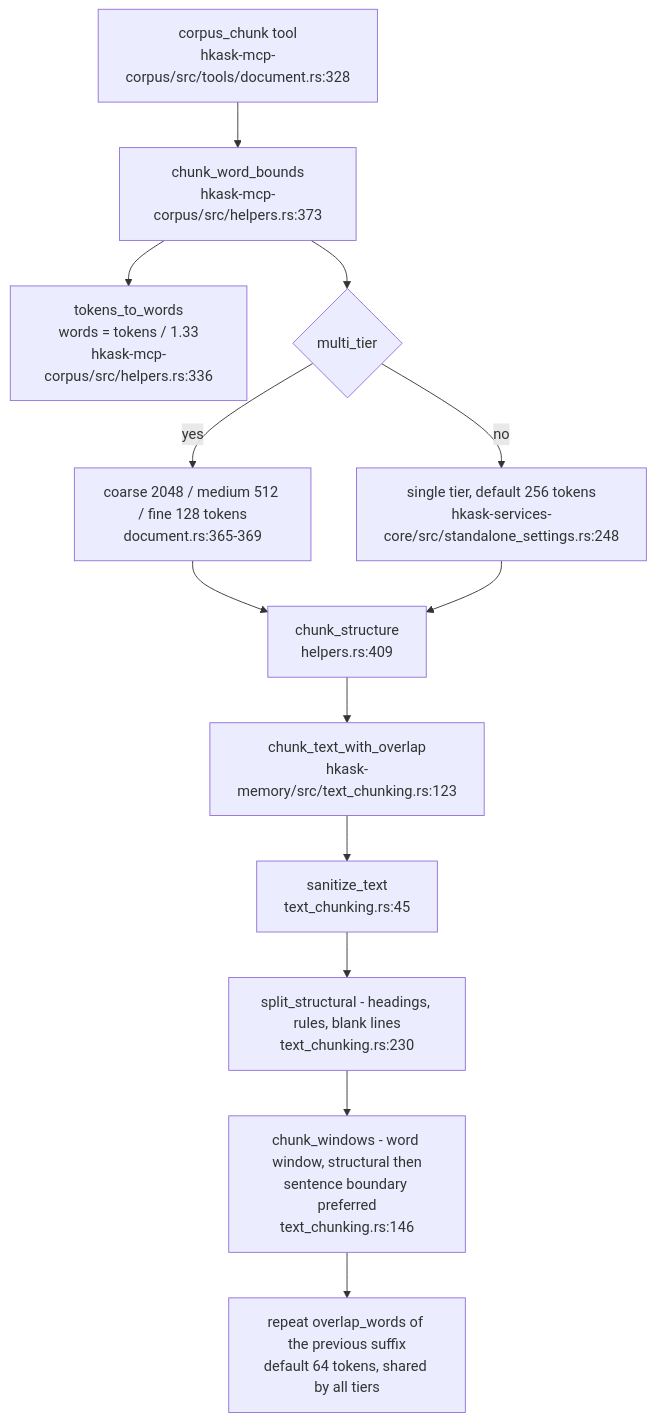
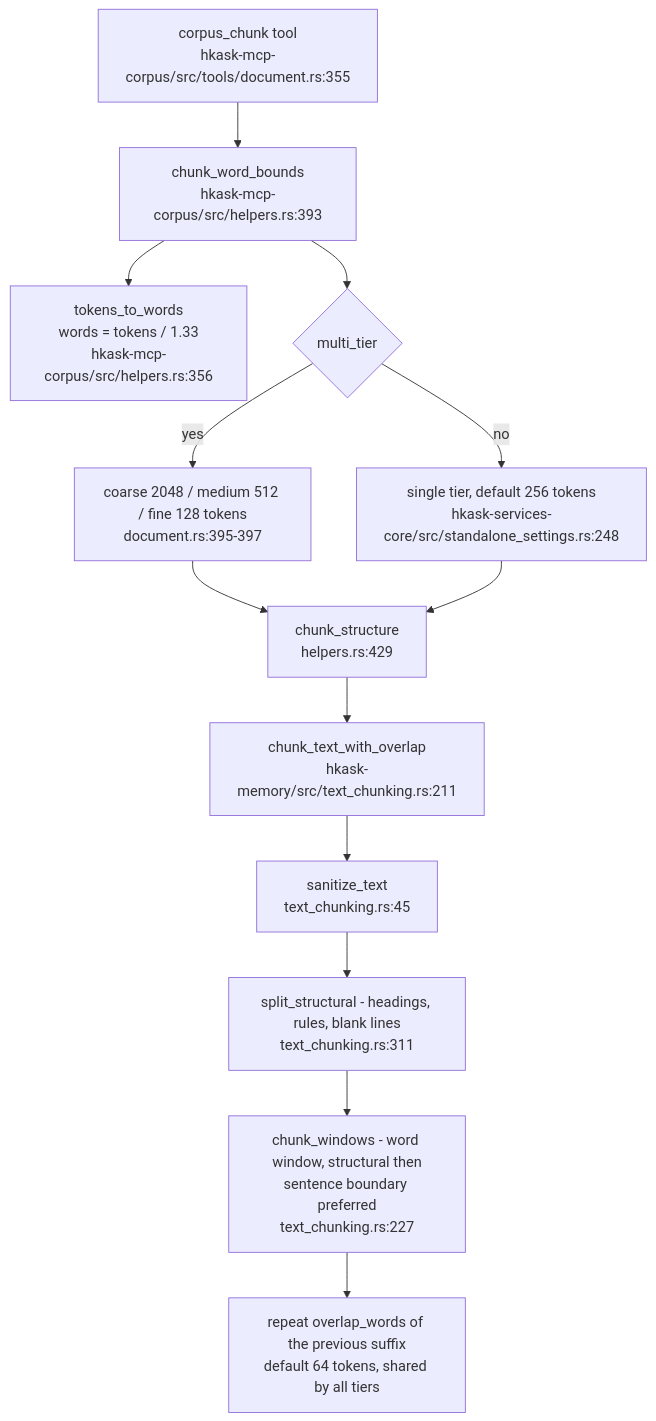
One commit to mdz-axo/zed-kask changed the second of 2 diagrams in kask/docs/research/chunking-for-rag-research.md. Above: the diagram before and after it, drawn with Mermaid. The commit also changed other lines of this file and 43 other files, not shown here.

````diff
--- a/kask/docs/research/chunking-for-rag-research.md
+++ b/kask/docs/research/chunking-for-rag-research.md
@@ -179,15 +182,15 @@
 ```mermaid
 flowchart TD
-    A[corpus_chunk tool<br/>hkask-mcp-corpus/src/tools/document.rs:328] --> B[chunk_word_bounds<br/>hkask-mcp-corpus/src/helpers.rs:373]
-    B --> C[tokens_to_words<br/>words = tokens / 1.33<br/>hkask-mcp-corpus/src/helpers.rs:336]
+    A[corpus_chunk tool<br/>hkask-mcp-corpus/src/tools/document.rs:355] --> B[chunk_word_bounds<br/>hkask-mcp-corpus/src/helpers.rs:393]
+    B --> C[tokens_to_words<br/>words = tokens / 1.33<br/>hkask-mcp-corpus/src/helpers.rs:356]
     B --> D{multi_tier}
-    D -->|yes| E[coarse 2048 / medium 512 / fine 128 tokens<br/>document.rs:365-369]
+    D -->|yes| E[coarse 2048 / medium 512 / fine 128 tokens<br/>document.rs:395-397]
     D -->|no| F[single tier, default 256 tokens<br/>hkask-services-core/src/standalone_settings.rs:248]
-    E --> G[chunk_structure<br/>helpers.rs:409]
+    E --> G[chunk_structure<br/>helpers.rs:429]
     F --> G
-    G --> H[chunk_text_with_overlap<br/>hkask-memory/src/text_chunking.rs:123]
+    G --> H[chunk_text_with_overlap<br/>hkask-memory/src/text_chunking.rs:211]
     H --> I[sanitize_text<br/>text_chunking.rs:45]
-    I --> J[split_structural - headings, rules, blank lines<br/>text_chunking.rs:230]
-    J --> K[chunk_windows - word window, structural then<br/>sentence boundary preferred<br/>text_chunking.rs:146]
+    I --> J[split_structural - headings, rules, blank lines<br/>text_chunking.rs:311]
+    J --> K[chunk_windows - word window, structural then<br/>sentence boundary preferred<br/>text_chunking.rs:227]
     K --> L[repeat overlap_words of the previous suffix<br/>default 64 tokens, shared by all tiers]
 ```
````
